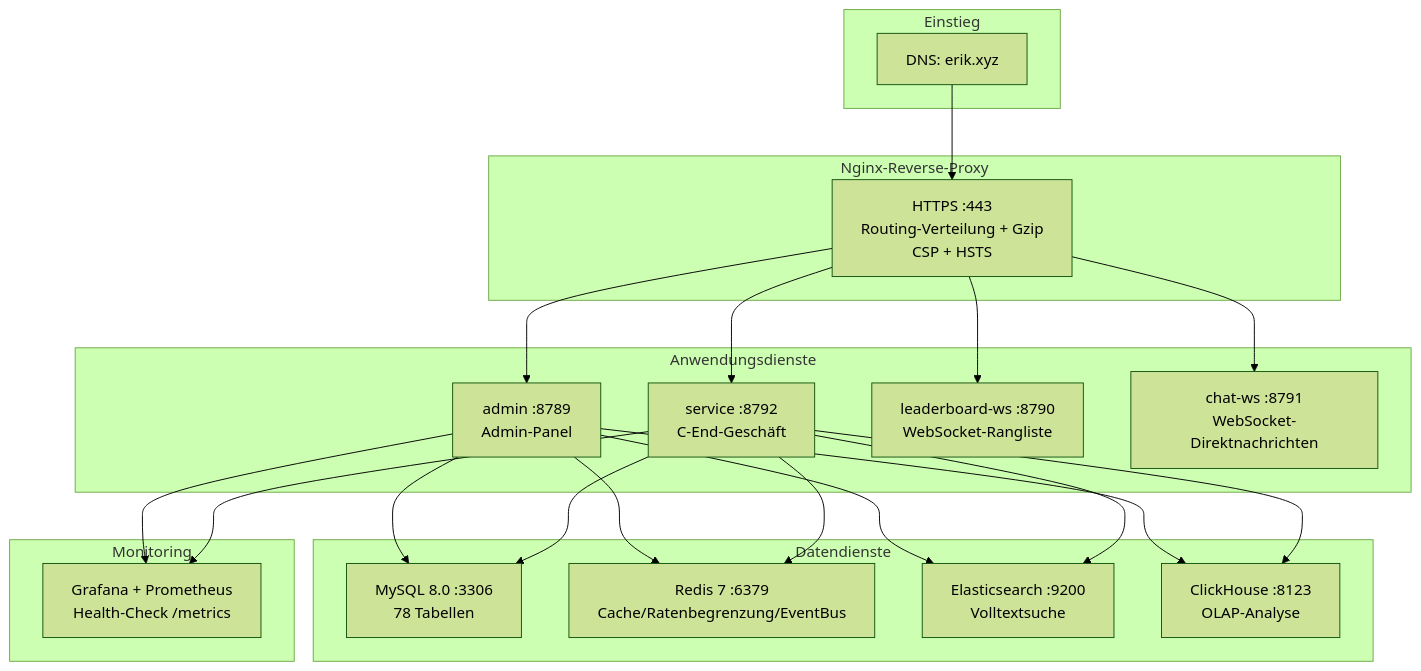
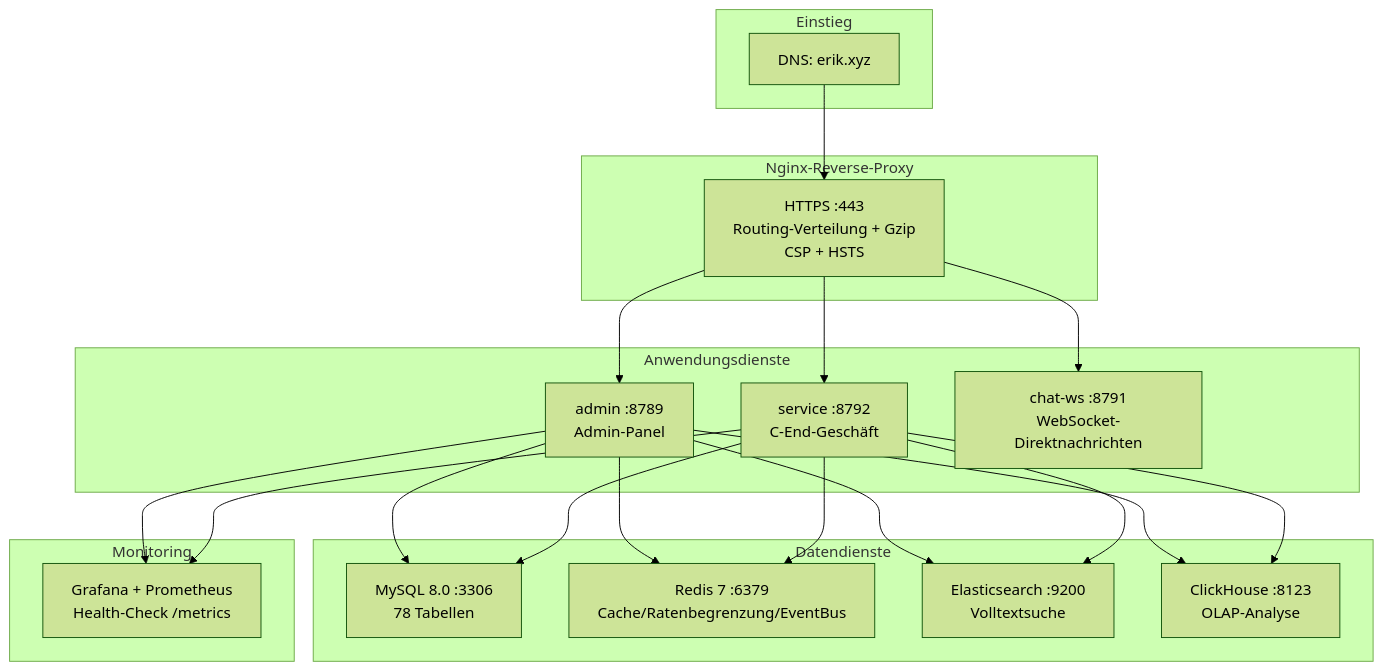
Before and after one commit to erikwang2013/game-platform-php: the diagram in admin/docs/diagrams/12-deployment.de.md, drawn with Mermaid (forest theme). The commit also changed 710 other files, not shown here.

````diff
--- a/admin/docs/diagrams/12-deployment.de.md
+++ b/admin/docs/diagrams/12-deployment.de.md
@@ -7,33 +7,32 @@
 ```mermaid
 flowchart TB
     subgraph "Einstieg"
         DNS["DNS: erik.xyz"]
     end
 
     subgraph "Nginx-Reverse-Proxy"
         NGX["HTTPS :443<br/>Routing-Verteilung + Gzip<br/>CSP + HSTS"]
     end
 
     subgraph "Anwendungsdienste"
         ADM["admin :8789<br/>Admin-Panel"]
         SVC["service :8792<br/>C-End-Geschäft"]
-        LB["leaderboard-ws :8790<br/>WebSocket-Rangliste"]
         CHAT["chat-ws :8791<br/>WebSocket-Direktnachrichten"]
     end
 
     subgraph "Datendienste"
         MYSQL["MySQL 8.0 :3306<br/>78 Tabellen"]
         REDIS["Redis 7 :6379<br/>Cache/Ratenbegrenzung/EventBus"]
         ES["Elasticsearch :9200<br/>Volltextsuche"]
         CH["ClickHouse :8123<br/>OLAP-Analyse"]
     end
 
     subgraph "Monitoring"
         MON["Grafana + Prometheus<br/>Health-Check /metrics"]
     end
 
     DNS --> NGX
-    NGX --> ADM & SVC & LB & CHAT
+    NGX --> ADM & SVC & CHAT
     ADM & SVC --> MYSQL & REDIS & ES & CH
     ADM & SVC --> MON
 ```
````
